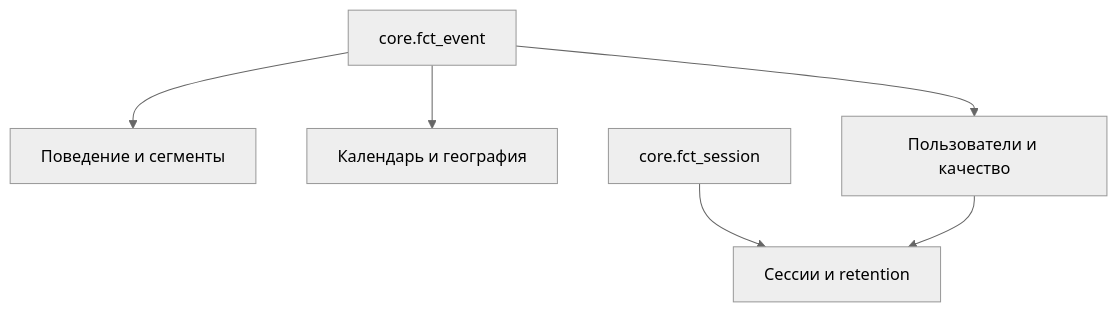
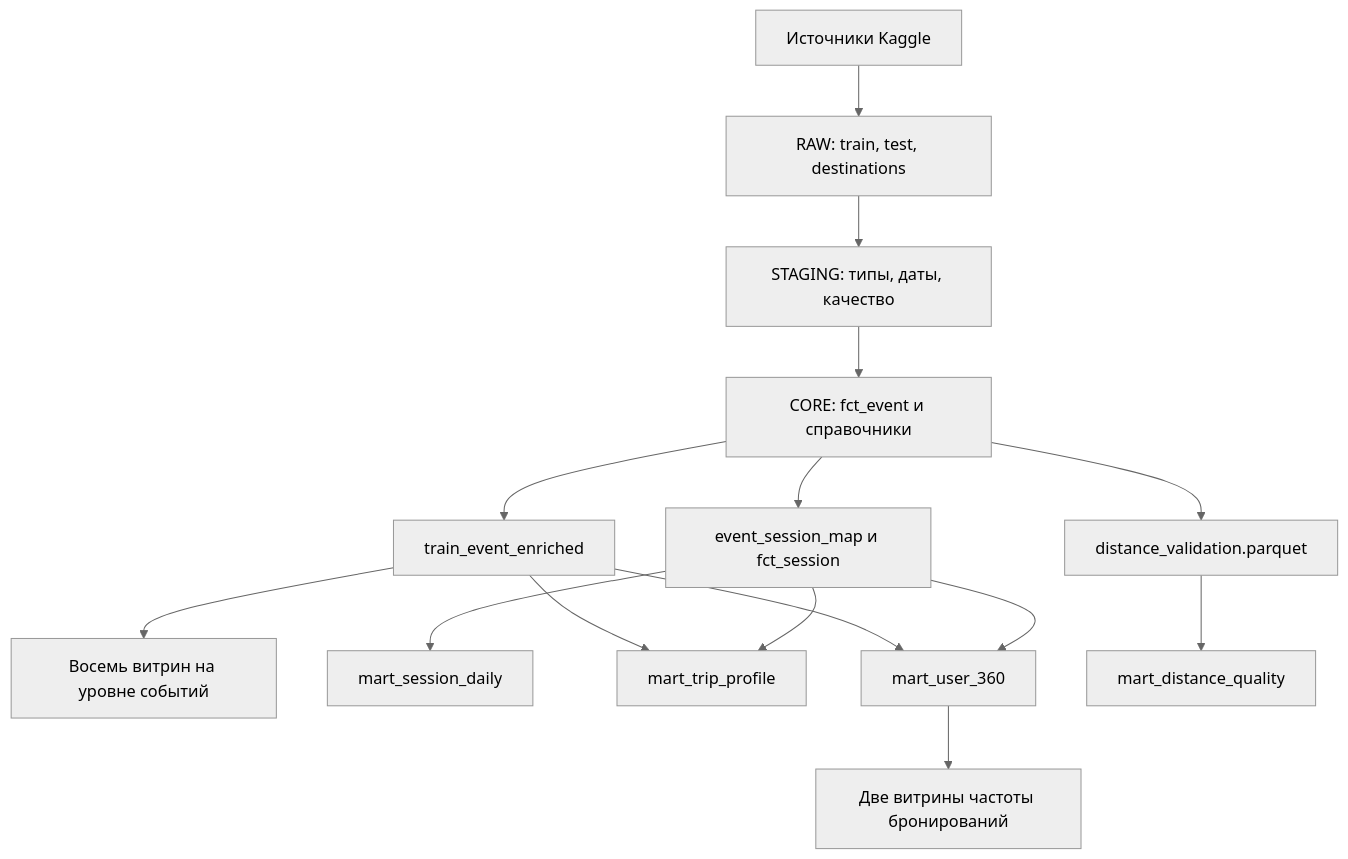
The diagram in docs/marts_structure.md (lissssooo/Expedia-Hotel-Recommendations), drawn with Mermaid (neutral theme) before and after one commit. The commit also changed other lines of this file, not shown here.

````diff
--- a/docs/marts_structure.md
+++ b/docs/marts_structure.md
@@ -27,8 +24,17 @@
 ```mermaid
 flowchart TB
-    A["core.fct_event"] --> B["Поведение и сегменты"]
-    A --> C["Календарь и география"]
-    A --> D["Пользователи и качество"]
-    E["core.fct_session"] --> F["Сессии и retention"]
-    D --> F
+    A["Источники Kaggle"] --> R["RAW: train, test, destinations"]
+    R --> B["STAGING: типы, даты, качество"]
+    B --> C["CORE: fct_event и справочники"]
+    C --> D["train_event_enriched"]
+    C --> E["event_session_map и fct_session"]
+    D --> F["Восемь витрин на уровне событий"]
+    E --> G["mart_session_daily"]
+    D --> H["mart_trip_profile"]
+    E --> H
+    D --> I["mart_user_360"]
+    E --> I
+    I --> J["Две витрины частоты бронирований"]
+    C --> V["distance_validation.parquet"]
+    V --> K["mart_distance_quality"]
 ```
````
